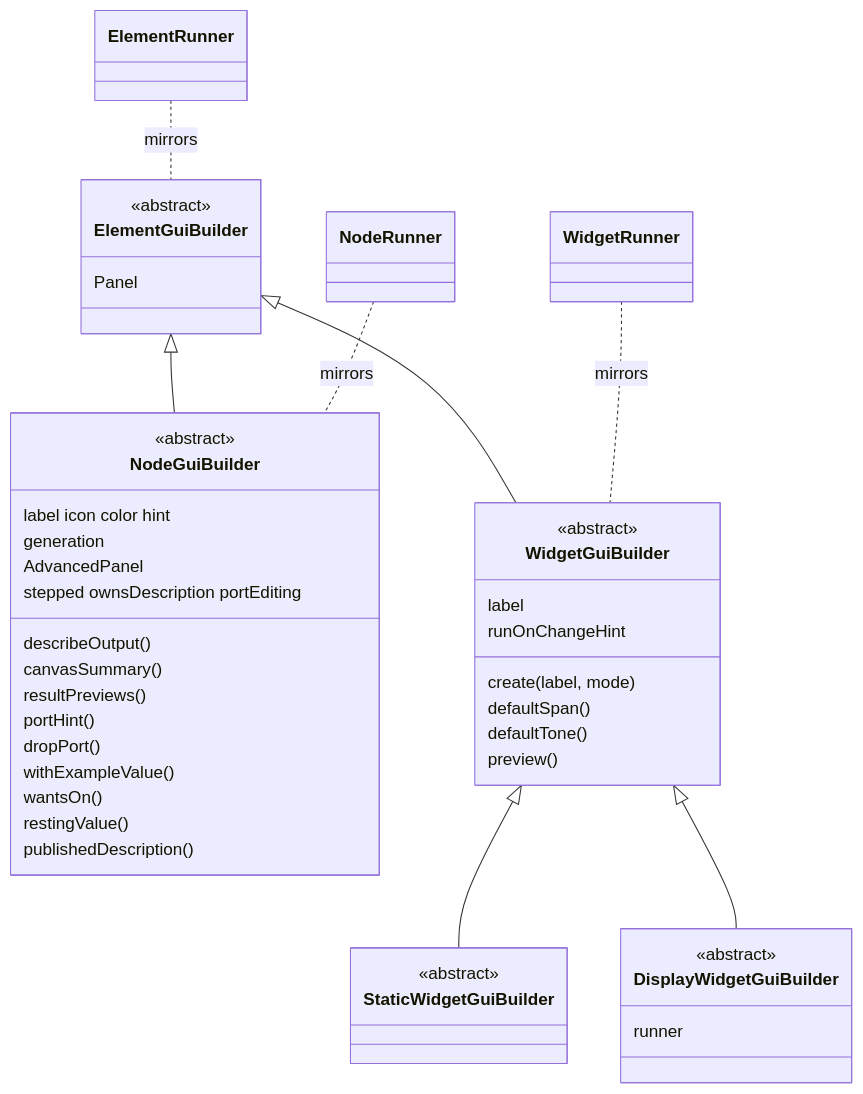
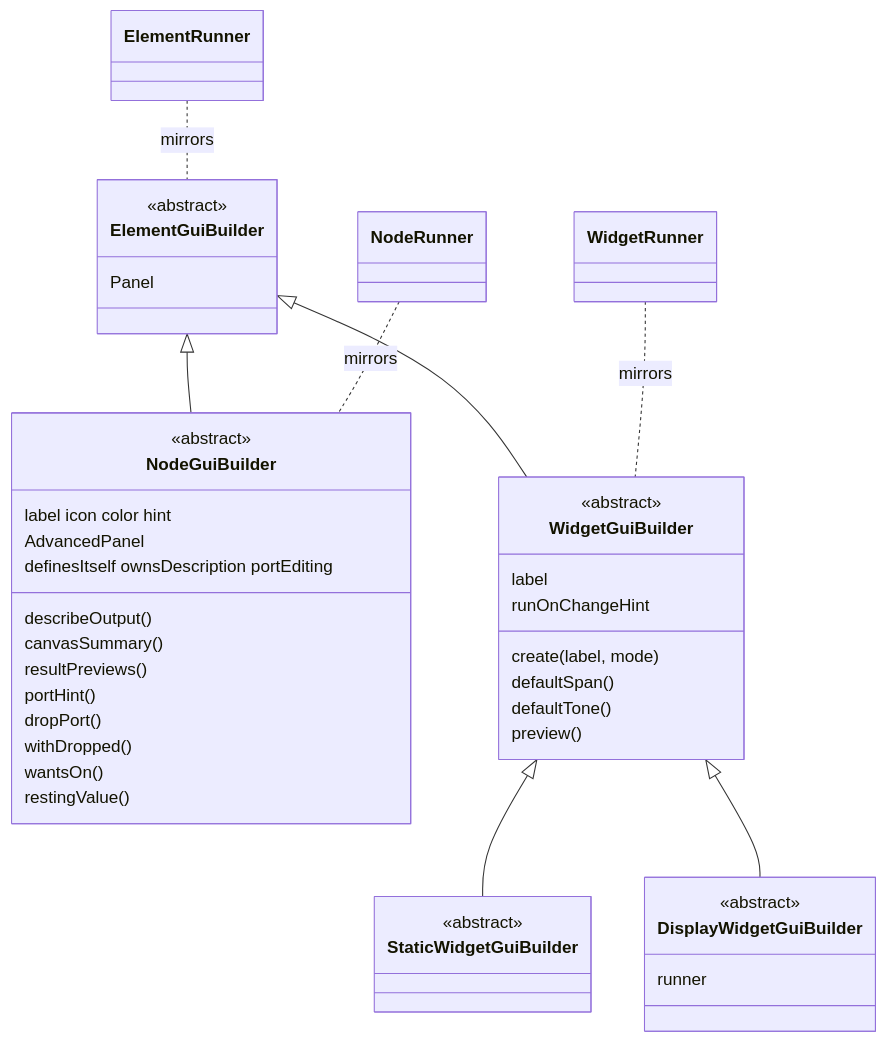
One commit to Archimedes79/AI_Graph changed the fifth of 8 diagrams in arch/overview.md. Above: the diagram before and after it, drawn with Mermaid. The commit also changed other lines of this file and 6 other files, not shown here.

````diff
--- a/arch/overview.md
+++ b/arch/overview.md
@@ -264,46 +268,44 @@
 ```mermaid
 classDiagram
   class ElementGuiBuilder {
     <<abstract>>
     Panel
   }
   class NodeGuiBuilder {
     <<abstract>>
     label icon color hint
-    generation
     AdvancedPanel
     describeOutput()
     canvasSummary()
     resultPreviews()
-    stepped ownsDescription portEditing
+    definesItself ownsDescription portEditing
     portHint()
     dropPort()
-    withExampleValue()
+    withDropped()
     wantsOn()
     restingValue()
-    publishedDescription()
   }
   class WidgetGuiBuilder {
     <<abstract>>
     label
     create(label, mode)
     defaultSpan()
     defaultTone()
     runOnChangeHint
     preview()
   }
   class StaticWidgetGuiBuilder {
     <<abstract>>
   }
   class DisplayWidgetGuiBuilder {
     <<abstract>>
     runner
   }
   ElementGuiBuilder <|-- NodeGuiBuilder
   ElementGuiBuilder <|-- WidgetGuiBuilder
   WidgetGuiBuilder <|-- StaticWidgetGuiBuilder
   WidgetGuiBuilder <|-- DisplayWidgetGuiBuilder
   ElementRunner .. ElementGuiBuilder : mirrors
   NodeRunner .. NodeGuiBuilder : mirrors
   WidgetRunner .. WidgetGuiBuilder : mirrors
 ```
````
